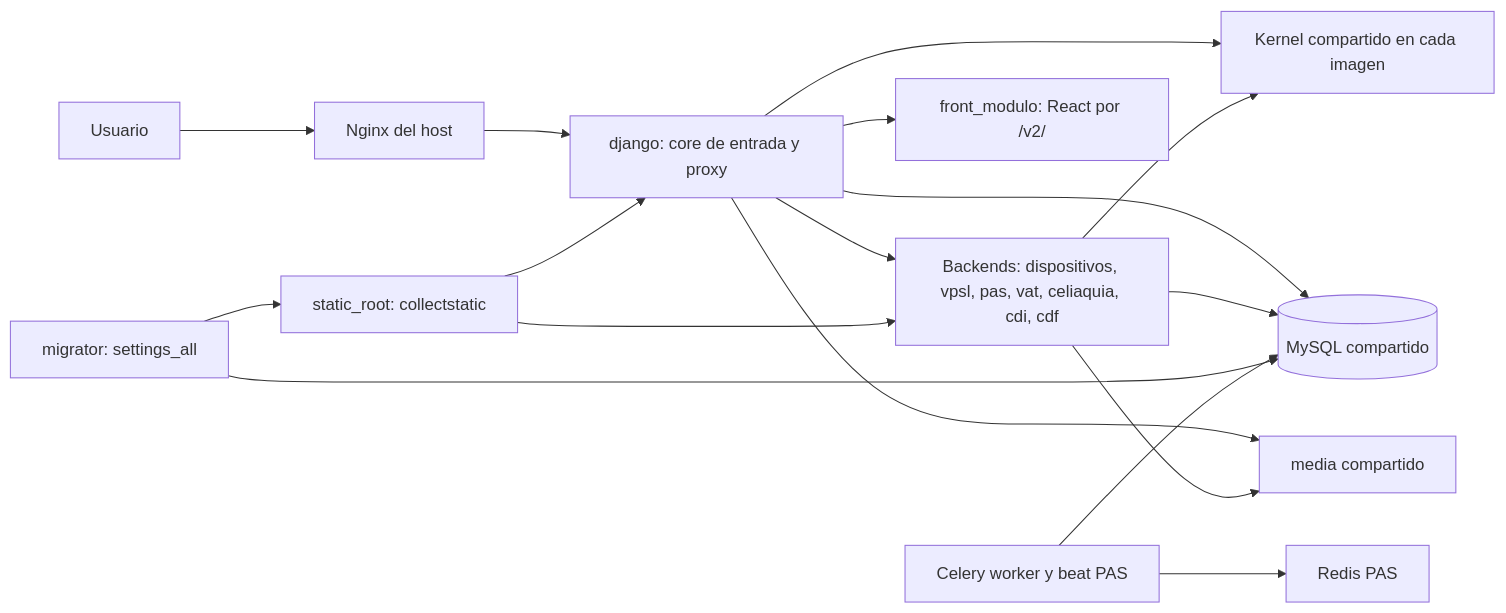
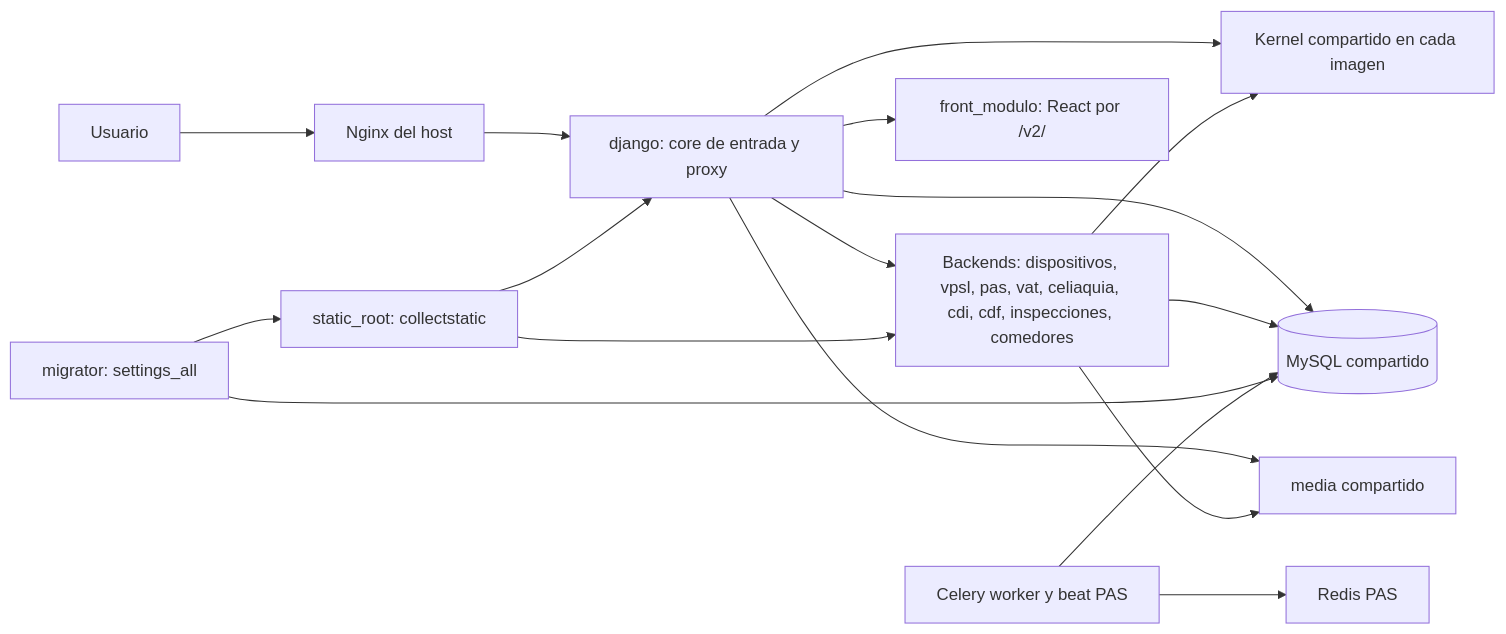
Before and after one commit to secretarianaf/SISOC: the diagram in docs/desarrollo/verticales_independientes.md, drawn with Mermaid. The commit also changed other lines of this file and 914 other files, not shown here.

````diff
--- a/docs/desarrollo/verticales_independientes.md
+++ b/docs/desarrollo/verticales_independientes.md
@@ -55,19 +57,19 @@
 ```mermaid
 flowchart LR
     U[Usuario] --> N[Nginx del host]
     N --> C[django: core de entrada y proxy]
     C --> K[Kernel compartido en cada imagen]
-    C --> B[Backends: dispositivos, vpsl, pas, vat, celiaquia, cdi, cdf]
+    C --> B[Backends: dispositivos, vpsl, pas, vat, celiaquia, cdi, cdf, inspecciones, comedores]
     C --> F[front_modulo: React por /v2/]
     B --> K
     C --> DB[(MySQL compartido)]
     B --> DB
     M[migrator: settings_all] --> DB
     M --> S[static_root: collectstatic]
     S --> C
     S --> B
     C --> V[media compartido]
     B --> V
     P[Celery worker y beat PAS] --> DB
     P --> R[Redis PAS]
 ```
````
